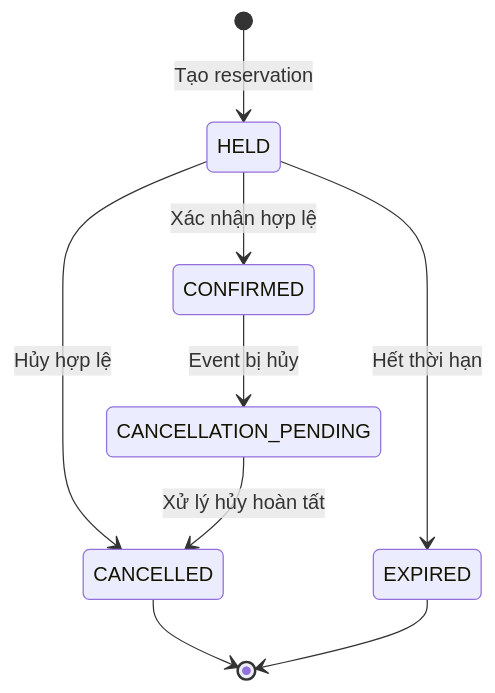
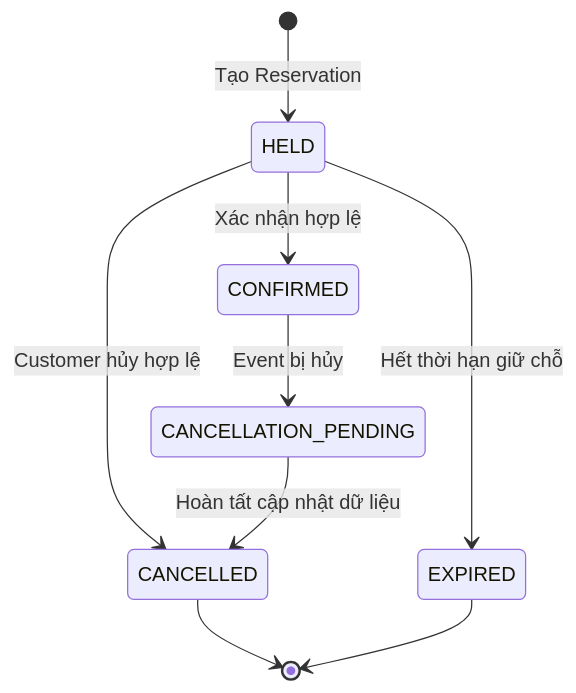
The diagram in docs/business/reservation-lifecycle.md (cnf166/rush-seat), drawn with Mermaid before and after one commit. The commit also changed other lines of this file, not shown here.

Commit message:
docs (reservation): clarify reservation lifecycle transitions

````diff
--- a/docs/business/reservation-lifecycle.md
+++ b/docs/business/reservation-lifecycle.md
@@ -70,11 +127,11 @@
 ```mermaid
 stateDiagram-v2
-    [*] --> HELD: Tạo reservation
+    [*] --> HELD: Tạo Reservation
     HELD --> CONFIRMED: Xác nhận hợp lệ
-    HELD --> CANCELLED: Hủy hợp lệ
-    HELD --> EXPIRED: Hết thời hạn
+    HELD --> CANCELLED: Customer hủy hợp lệ
+    HELD --> EXPIRED: Hết thời hạn giữ chỗ
     CONFIRMED --> CANCELLATION_PENDING: Event bị hủy
-    CANCELLATION_PENDING --> CANCELLED: Xử lý hủy hoàn tất
+    CANCELLATION_PENDING --> CANCELLED: Hoàn tất cập nhật dữ liệu
     CANCELLED --> [*]
     EXPIRED --> [*]
 ```
````
